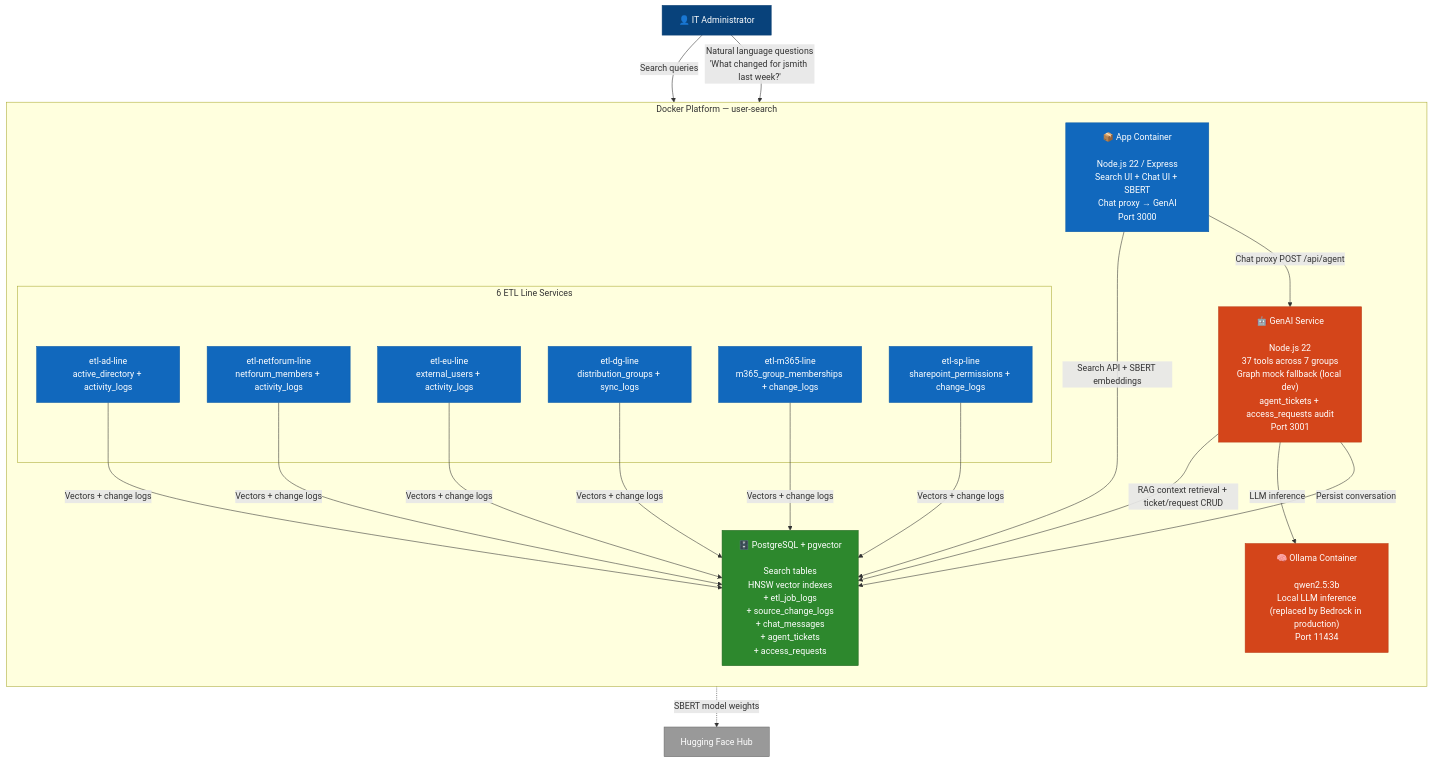
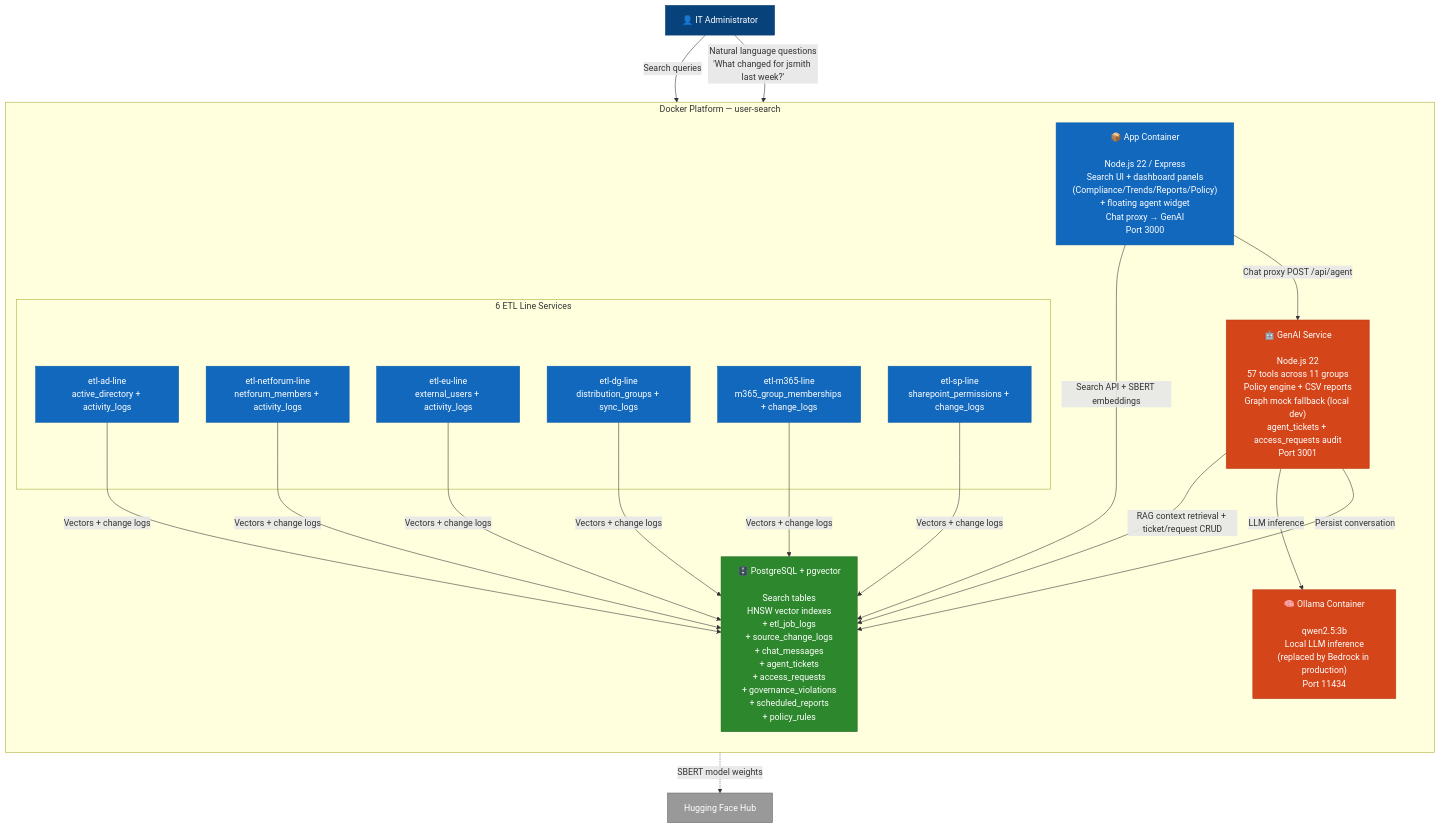
The diagram in docs/diagrams/genai-target-architecture.md (sjackshaw/user-search), drawn with Mermaid before and after one commit. The commit also changed other lines of this file and 33 other files, not shown here.

````diff
--- a/docs/diagrams/genai-target-architecture.md
+++ b/docs/diagrams/genai-target-architecture.md
@@ -5,48 +5,48 @@
 ```mermaid
 graph TB
     classDef person fill:#08427B,stroke:#073B6F,color:#fff
     classDef existing fill:#1168BD,stroke:#0E5BA7,color:#fff
     classDef genai fill:#D4451A,stroke:#B83A15,color:#fff
     classDef database fill:#2D882D,stroke:#226622,color:#fff
     classDef external fill:#999999,stroke:#6B6B6B,color:#fff
 
     User["👤 IT Administrator"]:::person
 
     subgraph DockerPlatform [" Docker Platform — user-search "]
         direction TB
 
-        App["📦 App Container<br/><br/>Node.js 22 / Express<br/>Search UI + Chat UI + SBERT<br/>Chat proxy → GenAI<br/>Port 3000"]:::existing
+        App["📦 App Container<br/><br/>Node.js 22 / Express<br/>Search UI + dashboard panels<br/>(Compliance/Trends/Reports/Policy)<br/>+ floating agent widget<br/>Chat proxy → GenAI<br/>Port 3000"]:::existing
 
-        GenAI["🤖 GenAI Service<br/><br/>Node.js 22<br/>37 tools across 7 groups<br/>Graph mock fallback (local dev)<br/>agent_tickets + access_requests audit<br/>Port 3001"]:::genai
+        GenAI["🤖 GenAI Service<br/><br/>Node.js 22<br/>57 tools across 11 groups<br/>Policy engine + CSV reports<br/>Graph mock fallback (local dev)<br/>agent_tickets + access_requests audit<br/>Port 3001"]:::genai
 
         Ollama["🧠 Ollama Container<br/><br/>qwen2.5:3b<br/>Local LLM inference<br/>(replaced by Bedrock in production)<br/>Port 11434"]:::genai
 
-        Postgres["🗄️ PostgreSQL + pgvector<br/><br/>Search tables<br/>HNSW vector indexes<br/>+ etl_job_logs<br/>+ source_change_logs<br/>+ chat_messages<br/>+ agent_tickets<br/>+ access_requests"]:::database
+        Postgres["🗄️ PostgreSQL + pgvector<br/><br/>Search tables<br/>HNSW vector indexes<br/>+ etl_job_logs<br/>+ source_change_logs<br/>+ chat_messages<br/>+ agent_tickets<br/>+ access_requests<br/>+ governance_violations<br/>+ scheduled_reports<br/>+ policy_rules"]:::database
 
         subgraph ETLServices [" 6 ETL Line Services "]
             ETL_AD["etl-ad-line<br/>active_directory + activity_logs"]:::existing
             ETL_NF["etl-netforum-line<br/>netforum_members + activity_logs"]:::existing
             ETL_EU["etl-eu-line<br/>external_users + activity_logs"]:::existing
             ETL_DG["etl-dg-line<br/>distribution_groups + sync_logs"]:::existing
             ETL_M365["etl-m365-line<br/>m365_group_memberships + change_logs"]:::existing
             ETL_SP["etl-sp-line<br/>sharepoint_permissions + change_logs"]:::existing
         end
     end
 
     HF["Hugging Face Hub"]:::external
 
     User -->|"Search queries"| App
     User -->|"Natural language questions<br/>'What changed for jsmith last week?'"| App
     App -->|"Search API + SBERT embeddings"| Postgres
     App -->|"Chat proxy POST /api/agent"| GenAI
     GenAI -->|"RAG context retrieval + ticket/request CRUD"| Postgres
     GenAI -->|"LLM inference"| Ollama
     GenAI -->|"Persist conversation"| Postgres
     ETL_AD -->|"Vectors + change logs"| Postgres
     ETL_NF -->|"Vectors + change logs"| Postgres
     ETL_EU -->|"Vectors + change logs"| Postgres
     ETL_DG -->|"Vectors + change logs"| Postgres
     ETL_M365 -->|"Vectors + change logs"| Postgres
     ETL_SP -->|"Vectors + change logs"| Postgres
     App -.->|"SBERT model weights"| HF
 ```
````
